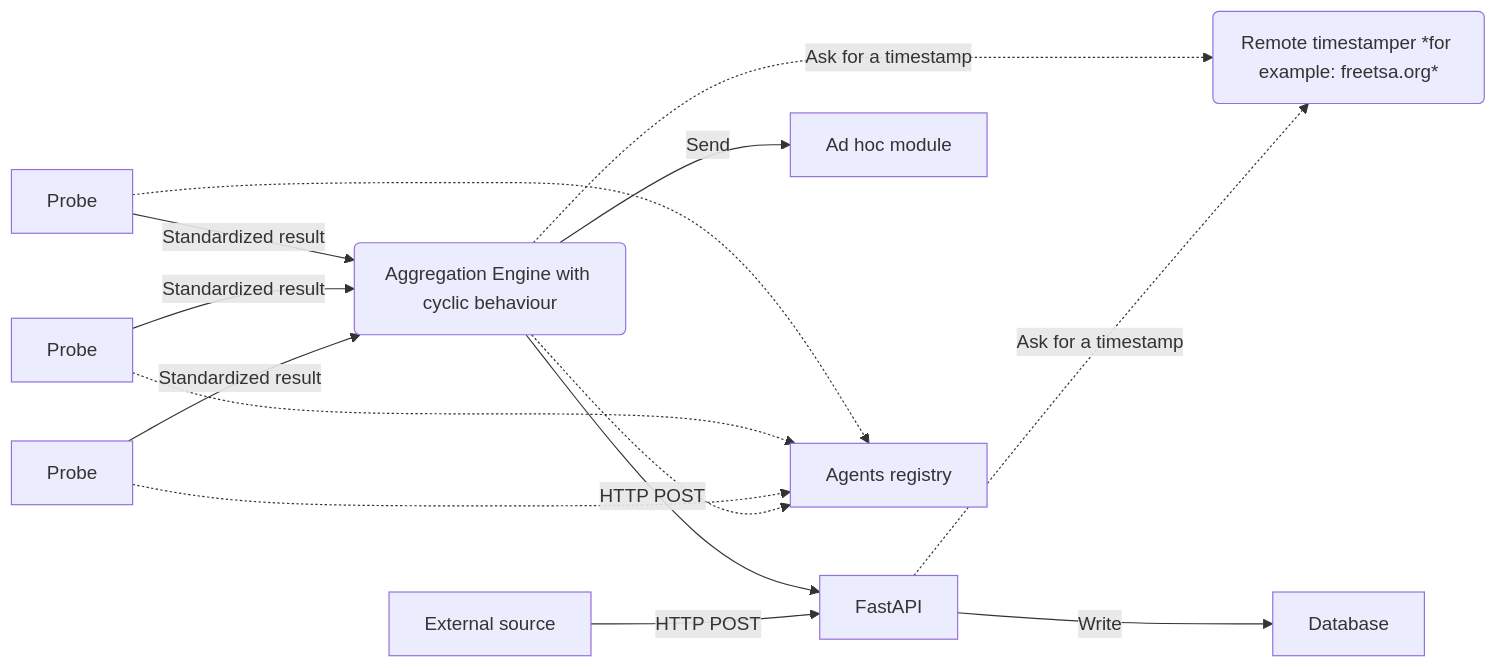
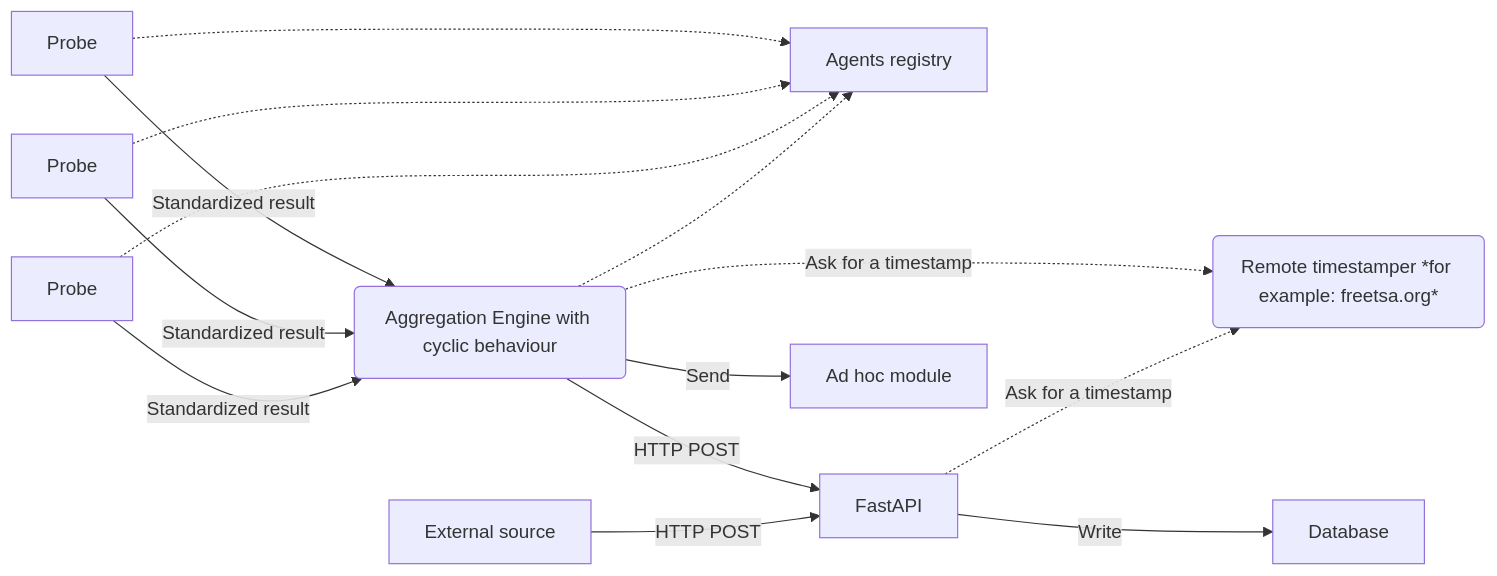
The diagram in README.md (scandale-project/scandale), drawn with Mermaid before and after one commit. The commit also changed other lines of this file and 1 other file, not shown here.

Commit message:
chg: [dependencies] Improved architecture.

````diff
--- a/README.md
+++ b/README.md
@@ -26,20 +26,20 @@
 ```mermaid
 flowchart LR
 
 P[Probe] -->|Standardized result| A(Aggregation Engine with cyclic behaviour)
 P1[Probe] -->|Standardized result| A
 P2[Probe] -->|Standardized result| A
 
 A -.->|Ask for a timestamp| RTS(Remote timestamper *for example: freetsa.org*)
 
+P -.-> H[Agents registry]
+P1 -.-> H
+P2 -.-> H
+A -.-> H
+
 A -->|HTTP POST| B[FastAPI]
 A -->|Send| M[Ad hoc module]
 B -.->|Ask for a timestamp| RTS
 B -->|Write| G[Database]
 E[External source] -->|HTTP POST| B
-
-P -.-> H[Agents registry]
-P1 -.-> H
-P2 -.-> H
-A -.-> H
 ```
````
